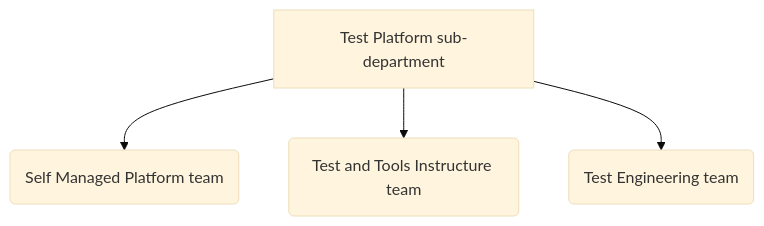
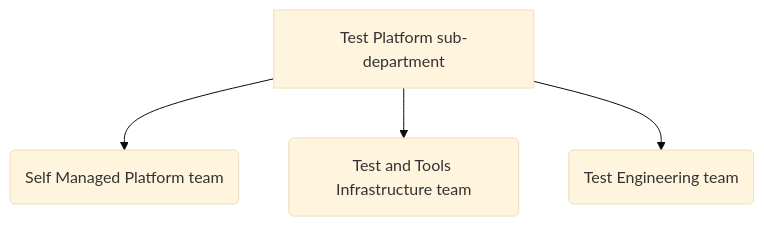
One commit to secretstartups/handbook changed the diagram in content/handbook/engineering/infrastructure/test-platform/_index.md. Above: the diagram before and after it, drawn with Mermaid (base theme).

Commit message:
Apply 1 suggestion(s) to 1 file(s)

````diff
--- a/content/handbook/engineering/infrastructure/test-platform/_index.md
+++ b/content/handbook/engineering/infrastructure/test-platform/_index.md
@@ -125,12 +125,12 @@
 ```mermaid
 graph TD
     A[Test Platform sub-department]
     A --> B(Self Managed Platform team)
-    A --> C(Test and Tools Instructure team)
+    A --> C(Test and Tools Infrastructure team)
     A --> D(Test Engineering team)
 
     click A "/handbook/engineering/infrastructure/test-platform"
     click B "/handbook/engineering/infrastructure/test-platform/self-managed-platform-team"
     click C "/handbook/engineering/infrastructure/test-platform/test-and-tools-infrastructure-team"
     click D "/handbook/engineering/infrastructure/test-platform/test-engineering-team"
 ```
````
